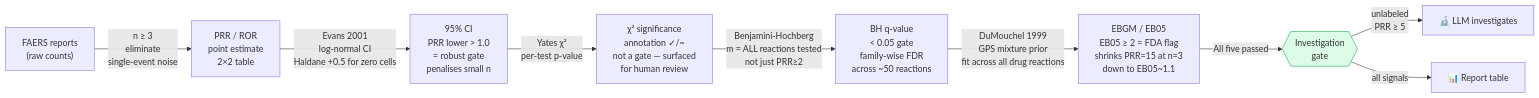
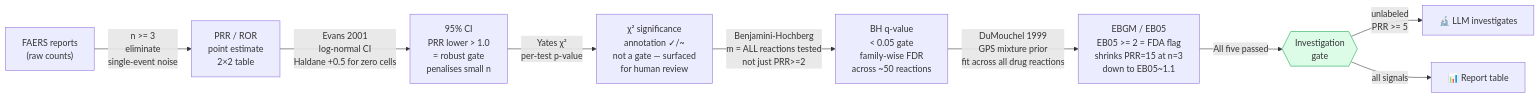
Before and after one commit to al-Zamakhshari/drug-safety-signal-agent: the third of 4 diagrams in README.md, drawn with Mermaid. The commit also changed other lines of this file, not shown here.

First line of the commit message:
Fix all Mermaid diagram parse errors in README

````diff
--- a/README.md
+++ b/README.md
@@ -151,31 +151,31 @@
 ```mermaid
 flowchart LR
     R0["FAERS reports\n(raw counts)"]
 
-    R0 -->|n ≥ 3\neliminate\nsingle-event noise| R1
+    R0 -->|n >= 3\neliminate\nsingle-event noise| R1
 
     R1["PRR / ROR\npoint estimate\n2×2 table"]
 
     R1 -->|Evans 2001\nlog-normal CI\nHaldane +0.5 for zero cells| R2
 
     R2["95% CI\nPRR lower > 1.0\n= robust gate\npenalises small n"]
 
     R2 -->|Yates χ²\nper-test p-value| R3
 
     R3["χ² significance\nannotation ✓/~\nnot a gate — surfaced\nfor human review"]
 
-    R3 -->|Benjamini-Hochberg\nm = ALL reactions tested\nnot just PRR≥2| R4
+    R3 -->|Benjamini-Hochberg\nm = ALL reactions tested\nnot just PRR>=2| R4
 
     R4["BH q-value\n< 0.05 gate\nfamily-wise FDR\nacross ~50 reactions"]
 
     R4 -->|DuMouchel 1999\nGPS mixture prior\nfit across all drug reactions| R5
 
-    R5["EBGM / EB05\nEB05 ≥ 2 = FDA flag\nshrinks PRR=15 at n=3\ndown to EB05~1.1"]
+    R5["EBGM / EB05\nEB05 >= 2 = FDA flag\nshrinks PRR=15 at n=3\ndown to EB05~1.1"]
 
     R5 -->|All five passed| GATE{{"Investigation\ngate"}}
 
-    GATE -->|unlabeled\nPRR ≥ 5| INV["🔬 LLM investigates"]
+    GATE -->|unlabeled\nPRR >= 5| INV["🔬 LLM investigates"]
     GATE -->|all signals| TABLE["📊 Report table"]
 
     style GATE fill:#dcfce7,stroke:#16a34a
 ```
````
